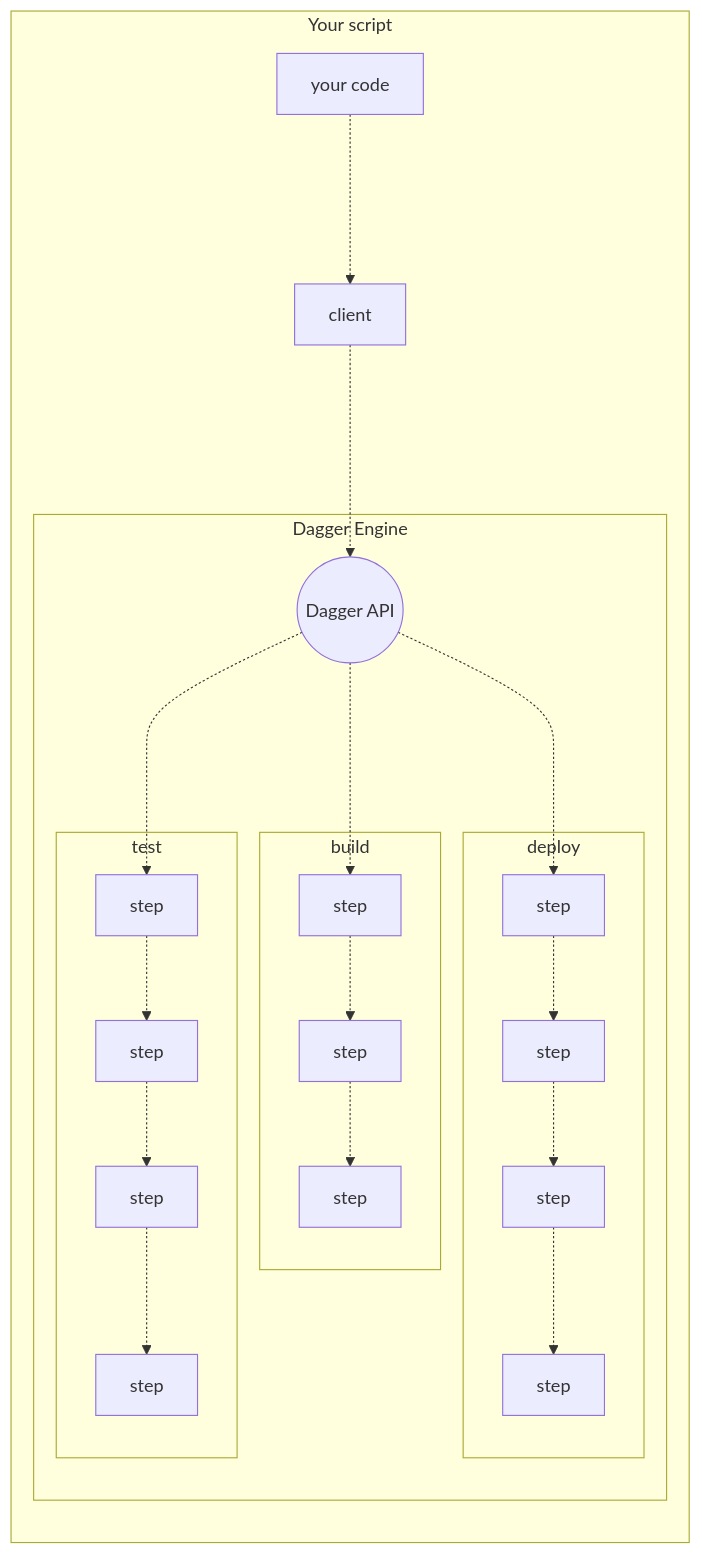
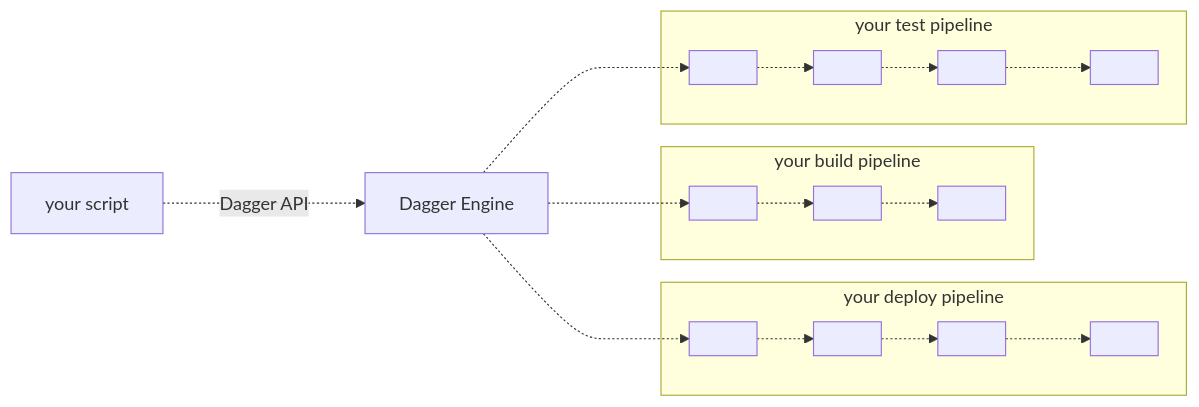
Before and after one commit to dagger/dagger: the first of 2 diagrams in docs/unxpq-introduction.md, drawn with Mermaid. The commit also changed other lines of this file, not shown here.

````diff
--- a/docs/unxpq-introduction.md
+++ b/docs/unxpq-introduction.md
@@ -41,22 +16,16 @@
 ```mermaid
 graph LR;
 
-subgraph script["Your script"]
+script["your script"] -. Dagger API ..-> engine["Dagger Engine"]
 
-  code["your code"] -..-> client["client"] -..-> api
-  subgraph engine["Dagger Engine"]
-    api((Dagger API))
-    subgraph A["build"]
-      A1["step"] -.-> A2["step"] -.-> A3["step"]
-    end
-    subgraph B["deploy"]
-      B1["step"] -.-> B2["step"] -.-> B3["step"] -.-> B4["step"]
-    end
-    subgraph C["test"]
-      C1["step"] -.-> C2["step"] -.-> C3["step"] -.-> C4["step"]
-    end
-    api -..-> A1 & B1 & C1
-
-  end
+subgraph A["your build pipeline"]
+  A1[" "] -.-> A2[" "] -.-> A3[" "]
 end
+subgraph B["your deploy pipeline"]
+  B1[" "] -.-> B2[" "] -.-> B3[" "] -.-> B4[" "]
+end
+subgraph C["your test pipeline"]
+  C1[" "] -.-> C2[" "] -.-> C3[" "] -.-> C4[" "]
+end
+engine -..-> A1 & B1 & C1
 ```
````
